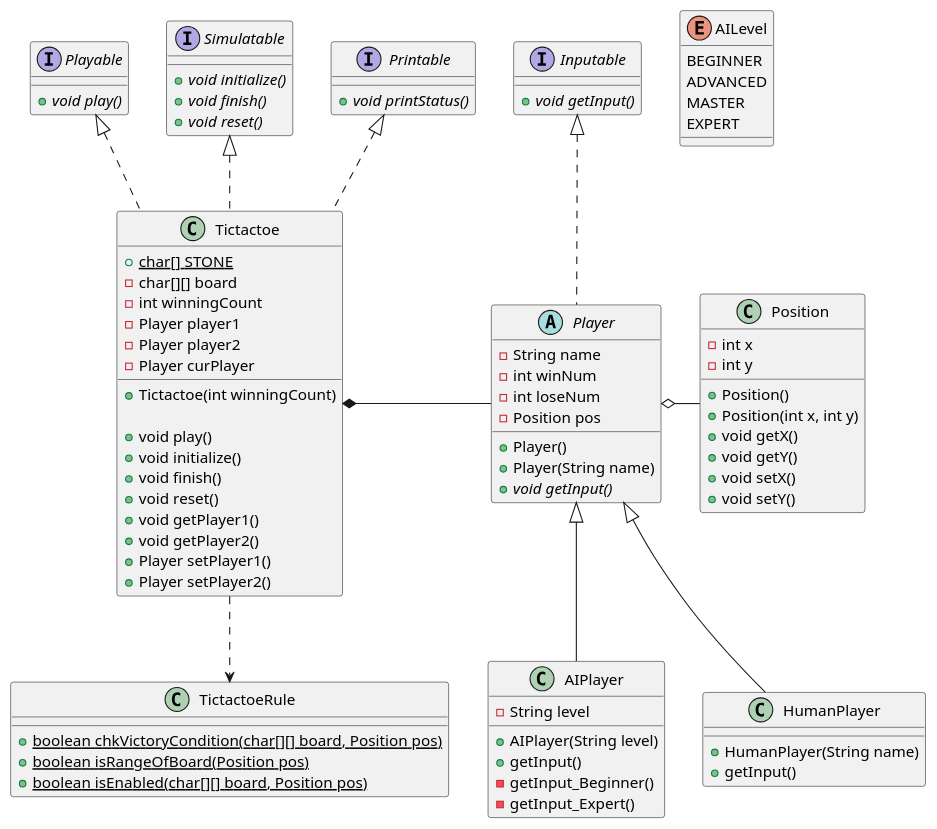
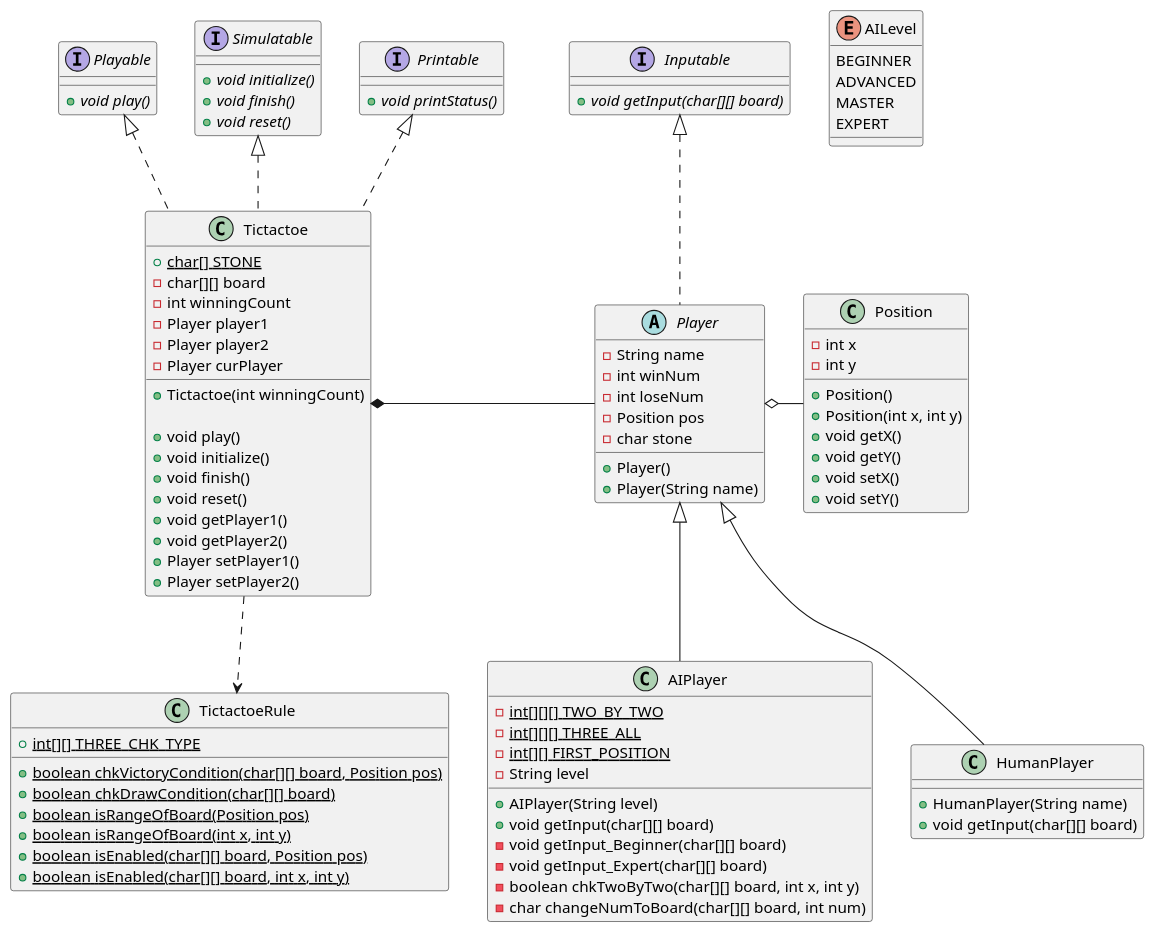
One commit to heyoon2j/TicTacToe changed the diagram in TicTakToe/src/classDiagram.puml. Above: the diagram before and after it, drawn with PlantUML. The commit also changed 7 other files, not shown here.

```diff
--- a/TicTakToe/src/classDiagram.puml
+++ b/TicTakToe/src/classDiagram.puml
@@ -1,95 +1,104 @@
 @startuml
 
 /' Player's Interface '/
 interface Inputable {
-    + {abstract} void getInput()
+    + {abstract} void getInput(char[][] board)
 }
 
 /' Tictactoe's Interface '/
 interface Playable {
     + {abstract} void play()
 }
 
 interface Simulatable {
     + {abstract} void initialize()
     + {abstract} void finish()
     + {abstract} void reset()
 }
 
 interface Printable {
     + {abstract} void printStatus()
 }
 
 class Position {
     - int x
     - int y
     + Position()
     + Position(int x, int y)
     + void getX()
     + void getY()
     + void setX()
     + void setY()
 }
 
 abstract class Player implements Inputable  {
     - String name
     - int winNum
     - int loseNum
     - Position pos
+    - char stone
     + Player()
     + Player(String name)
-    + {abstract} void getInput()
 }
 
 class HumanPlayer extends Player {
     + HumanPlayer(String name)
-    + getInput()
+    + void getInput(char[][] board)
 }
 
 class AIPlayer extends Player {
+    - {static} int[][][] TWO_BY_TWO
+    - {static} int[][][] THREE_ALL
+    - {static} int[][] FIRST_POSITION
     - String level
     + AIPlayer(String level)
-    + getInput()
-    - getInput_Beginner()
-    - getInput_Expert()
+    + void getInput(char[][] board)
+    - void getInput_Beginner(char[][] board)
+    - void getInput_Expert(char[][] board)
+    - boolean chkTwoByTwo(char[][] board, int x, int y)
+    - char changeNumToBoard(char[][] board, int num)
 }
 
 class Tictactoe implements Playable, Simulatable, Printable{
     + {static} char[] STONE
     - char[][] board
     - int winningCount
     - Player player1
     - Player player2
     - Player curPlayer
 
     + Tictactoe(int winningCount)
 
     + void play()
     + void initialize()
     + void finish()
     + void reset()
     + void getPlayer1()
     + void getPlayer2()
     + Player setPlayer1()
     + Player setPlayer2()
 }
 
 class TictactoeRule {
+    + {static} int[][] THREE_CHK_TYPE
     + {static} boolean chkVictoryCondition(char[][] board, Position pos)
+    + {static} boolean chkDrawCondition(char[][] board)
     + {static} boolean isRangeOfBoard(Position pos)
+    + {static} boolean isRangeOfBoard(int x, int y)
     + {static} boolean isEnabled(char[][] board, Position pos)
+    + {static} boolean isEnabled(char[][] board, int x, int y)
 }
 
 enum AILevel {
     BEGINNER
     ADVANCED
     MASTER
     EXPERT
 }
 
 
 Player o- Position
 Tictactoe *- Player
 Tictactoe ..> TictactoeRule
 
 @enduml
```
